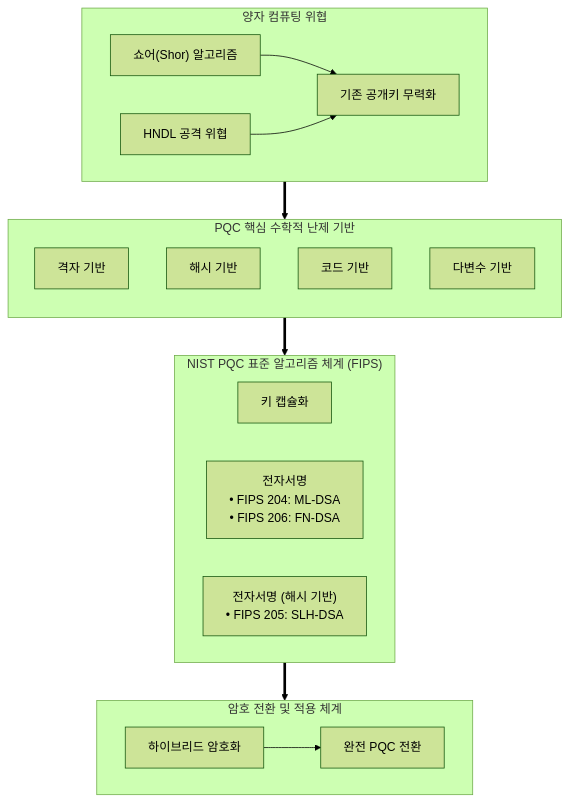
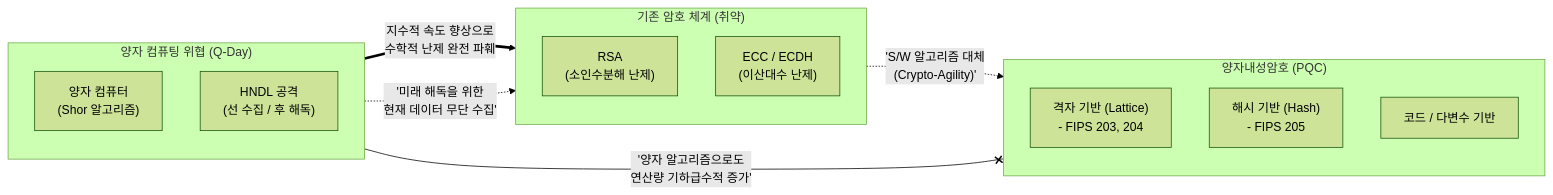
One commit to supremethumb/supremethumb.github.io changed the diagram in content/02_IT_Tech/양자내성암호.md. Above: the diagram before and after it, drawn with Mermaid (forest theme). The commit also changed other lines of this file and 1970 other files, not shown here.

First line of the commit message:
feat(content): restructure 02_IT_Tech with 10 domain MOCs, wikilinks, related topics, and fix all mermaid syntax errors

````diff
--- a/content/02_IT_Tech/양자내성암호.md
+++ b/content/02_IT_Tech/양자내성암호.md
@@ -25,37 +26,28 @@
 ```mermaid
-flowchart TB
-    subgraph THREAT["양자 컴퓨팅 위협"]
-        direction LR
-        SHOR["쇼어(Shor) 알고리즘"]
-        HNDL["HNDL 공격 위협"]
-        LEGACY["기존 공개키 무력화"]
-        SHOR --> LEGACY
-        HNDL --> LEGACY
+flowchart LR
+    subgraph Threat["양자 컴퓨팅 위협 (Q-Day)"]
+        direction TB
+        Quantum["양자 컴퓨터<br/>(Shor 알고리즘)"]
+        HNDL["HNDL 공격<br/>(선 수집 / 후 해독)"]
+    end
+    
+    subgraph Legacy["기존 암호 체계 (취약)"]
+        direction TB
+        RSA["RSA<br/>(소인수분해 난제)"]
+        ECC["ECC / ECDH<br/>(이산대수 난제)"]
     end
 
-    subgraph PQC_CORE["PQC 핵심 수학적 난제 기반"]
+    subgraph PQC["양자내성암호 (PQC)"]
         direction TB
-        LATTICE["격자 기반"]
-        HASH["해시 기반"]
-        CODE["코드 기반"]
-        MQ["다변수 기반"]
+        Lattice["격자 기반 (Lattice)<br/>- FIPS 203, 204"]
+        Hash["해시 기반 (Hash)<br/>- FIPS 205"]
+        Code_MV["코드 / 다변수 기반"]
     end
+    
+    Quantum == ""지수적 속도 향상으로<br/>수학적 난제 완전 파훼"" ==> Legacy
+    HNDL -. "'미래 해독을 위한<br/>현재 데이터 무단 수집'" .-> Legacy
+    Legacy -. "'S/W 알고리즘 대체<br/>(Crypto-Agility)'" .-> PQC
+    Quantum --x|"'양자 알고리즘으로도<br/>연산량 기하급수적 증가'"| PQC
 
-    subgraph NIST_STD["NIST PQC 표준 알고리즘 체계 (FIPS)"]
-        direction LR
-        KEM["키 캡슐화"]
-        SIG1["전자서명<br/>• FIPS 204: ML-DSA<br/>• FIPS 206: FN-DSA"]
-        SIG2["전자서명 (해시 기반)<br/>• FIPS 205: SLH-DSA"]
-    end
 
-    subgraph TRANSITION["암호 전환 및 적용 체계"]
-        direction LR
-        HYBRID["하이브리드 암호화"]
-        PURE["완전 PQC 전환"]
-        HYBRID --> PURE
-    end
-
-    THREAT ==> PQC_CORE
-    PQC_CORE ==> NIST_STD
-    NIST_STD ==> TRANSITION
 ```
````
